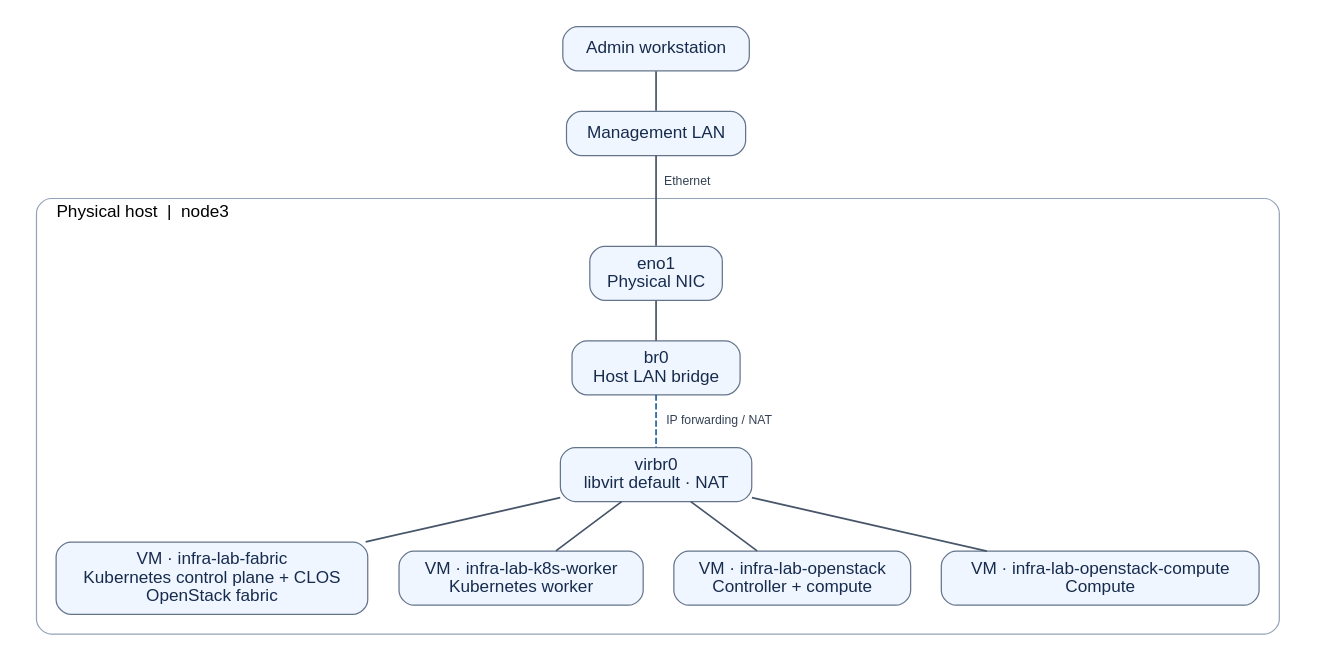
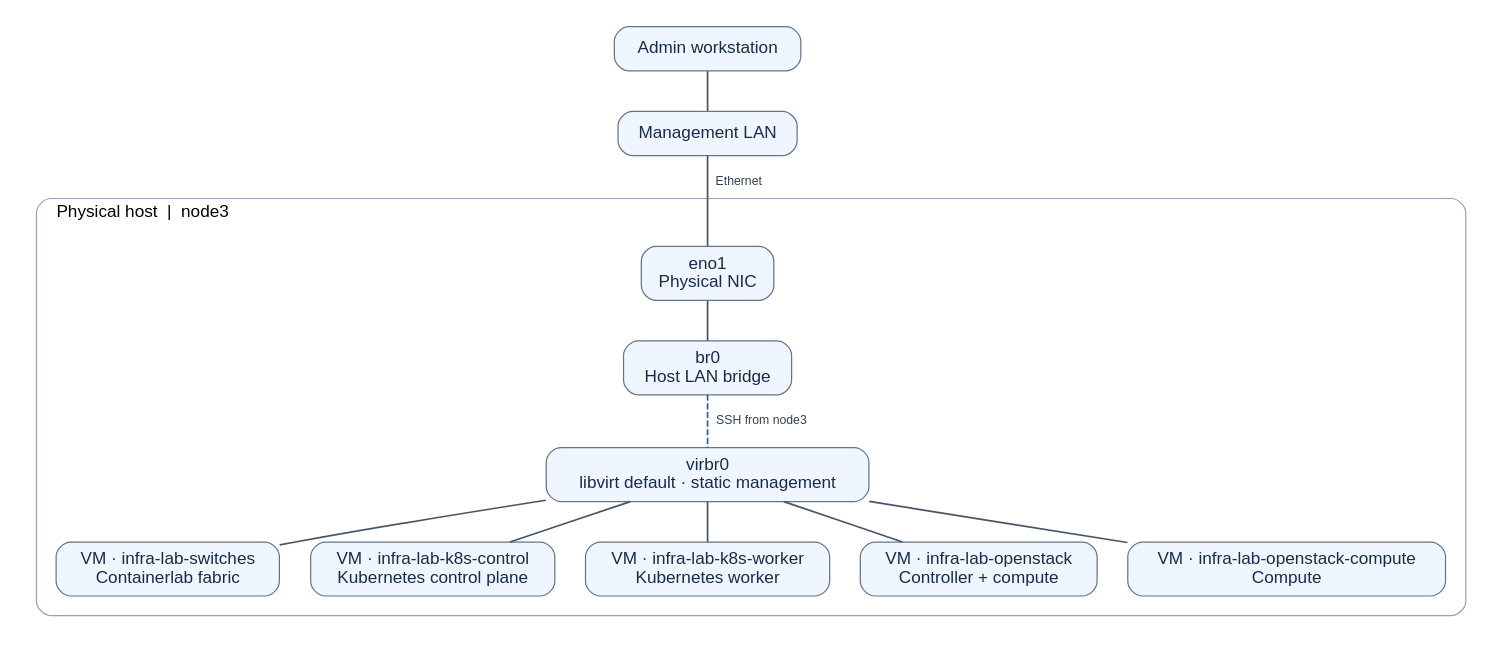
One commit to sugaf1204/infra-lab changed the diagram in common/network.dot. Above: the diagram before and after it, drawn with Graphviz. The commit also changed 6 other files, not shown here.

First line of the commit message:
Isolate switches VM and configure static management addressing

```diff
--- a/common/network.dot
+++ b/common/network.dot
@@ -1,31 +1,33 @@
 graph management {
   graph [rankdir=TB, newrank=true, bgcolor="#ffffff", pad=0.2, nodesep=0.35,
          ranksep=0.45, fontname="Helvetica"];
   node [shape=box, style="rounded,filled", fillcolor="#eff6ff", color="#64748b",
         fontname="Helvetica", fontcolor="#172b4d", margin="0.15,0.1"];
   edge [color="#475569", penwidth=1.4, fontname="Helvetica",
         fontcolor="#334155", fontsize=10];
 
   admin [label="Admin workstation"];
   lan [label="Management LAN"];
   subgraph cluster_physical {
     label="Physical host  |  node3"; labeljust=l;
     color="#94a3b8"; style=rounded; margin=16;
     nic [label="eno1\nPhysical NIC"];
     bridge [label="br0\nHost LAN bridge"];
-    nat [label="virbr0\nlibvirt default · NAT"];
-    fabric [label="VM · infra-lab-fabric\nKubernetes control plane + CLOS\nOpenStack fabric"];
+    nat [label="virbr0\nlibvirt default · static management"];
+    fabric [label="VM · infra-lab-switches\nContainerlab fabric"];
+    control [label="VM · infra-lab-k8s-control\nKubernetes control plane"];
     worker [label="VM · infra-lab-k8s-worker\nKubernetes worker"];
     openstack [label="VM · infra-lab-openstack\nController + compute"];
     compute [label="VM · infra-lab-openstack-compute\nCompute"];
     nic -- bridge;
-    bridge -- nat [label="  IP forwarding / NAT", style=dashed, color="#2563a5"];
+    bridge -- nat [label="  SSH from node3", style=dashed, color="#2563a5"];
     nat -- fabric;
+    nat -- control;
     nat -- worker;
     nat -- openstack;
     nat -- compute;
-    {rank=same; fabric; worker; openstack; compute}
+    {rank=same; fabric; control; worker; openstack; compute}
   }
   admin -- lan;
   lan -- nic [label="  Ethernet"];
 }
```
